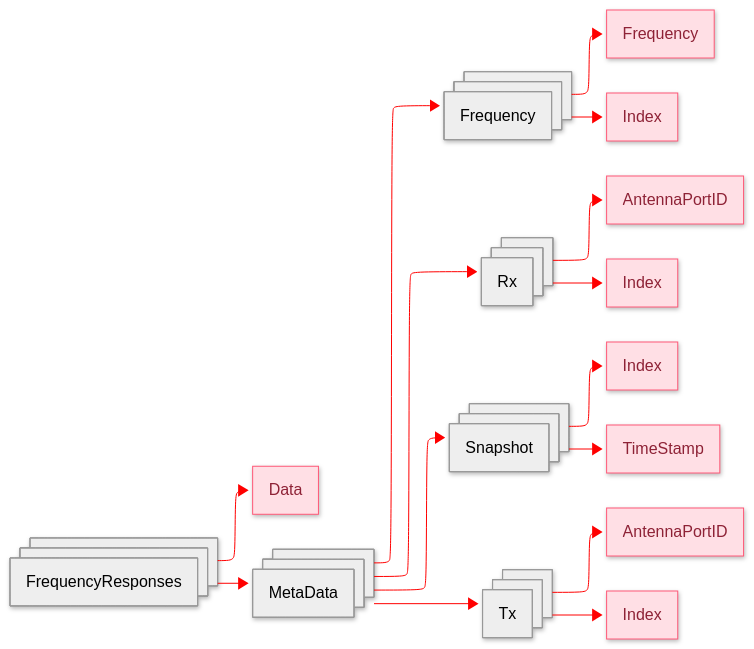
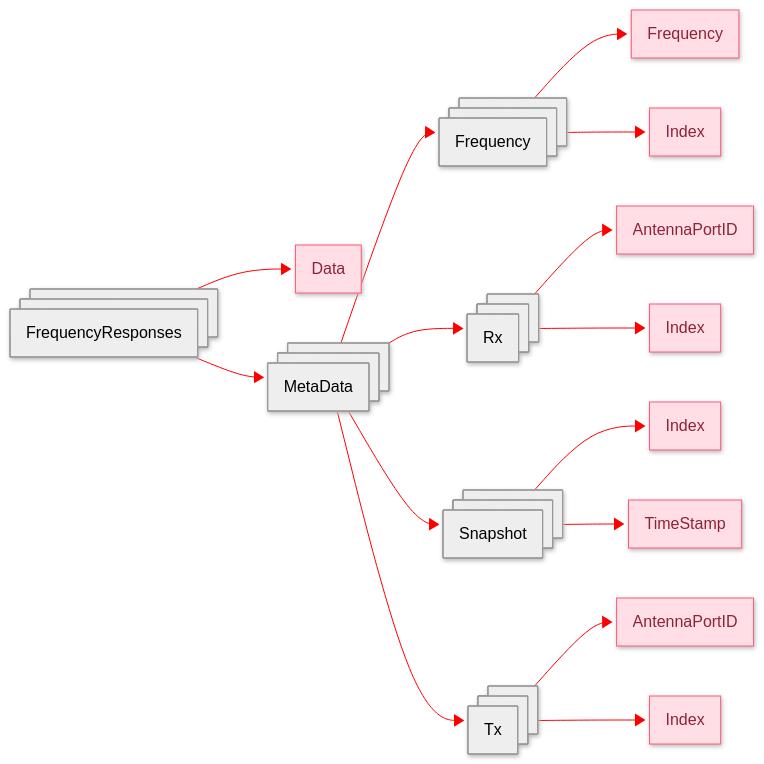
Before and after one commit to EMS-TU-Ilmenau/EMS-TU-Ilmenau.github.io: the diagram in content/dataset/fyoris/index.md, drawn with Mermaid.

Commit message:
Edit index.md: elk->tidy-tree

````diff
--- a/content/dataset/fyoris/index.md
+++ b/content/dataset/fyoris/index.md
@@ -23,57 +23,57 @@
 ```mermaid
 ---
 config:
   theme: neutral
   look: neo
   themeVariables:
     lineColor: red
-  layout: elk
+  layout: tidy-tree
 ---
 flowchart LR
 FrequencyResponses@{label: "FrequencyResponses", shape: procs}
 FrequencyResponses:::colorGroup
 FrequencyResponses_Data["Data "]
 FrequencyResponses_Data:::colorDataset
 FrequencyResponses --> FrequencyResponses_Data
 FrequencyResponses_MetaData@{label: "MetaData", shape: procs}
 FrequencyResponses_MetaData:::colorGroup
 FrequencyResponses_MetaData_Frequency@{label: "Frequency", shape: procs}
 FrequencyResponses_MetaData_Frequency:::colorGroup
 FrequencyResponses_MetaData_Frequency_Frequency["Frequency "]
 FrequencyResponses_MetaData_Frequency_Frequency:::colorDataset
 FrequencyResponses_MetaData_Frequency --> FrequencyResponses_MetaData_Frequency_Frequency
 FrequencyResponses_MetaData_Frequency_Index["Index "]
 FrequencyResponses_MetaData_Frequency_Index:::colorDataset
 FrequencyResponses_MetaData_Frequency --> FrequencyResponses_MetaData_Frequency_Index
 FrequencyResponses_MetaData --> FrequencyResponses_MetaData_Frequency
 FrequencyResponses_MetaData_Rx@{label: "Rx", shape: procs}
 FrequencyResponses_MetaData_Rx:::colorGroup
 FrequencyResponses_MetaData_Rx_AntennaPortID["AntennaPortID "]
 FrequencyResponses_MetaData_Rx_AntennaPortID:::colorDataset
 FrequencyResponses_MetaData_Rx --> FrequencyResponses_MetaData_Rx_AntennaPortID
 FrequencyResponses_MetaData_Rx_Index["Index "]
 FrequencyResponses_MetaData_Rx_Index:::colorDataset
 FrequencyResponses_MetaData_Rx --> FrequencyResponses_MetaData_Rx_Index
 FrequencyResponses_MetaData --> FrequencyResponses_MetaData_Rx
 FrequencyResponses_MetaData_Snapshot@{label: "Snapshot", shape: procs}
 FrequencyResponses_MetaData_Snapshot:::colorGroup
 FrequencyResponses_MetaData_Snapshot_Index["Index "]
 FrequencyResponses_MetaData_Snapshot_Index:::colorDataset
 FrequencyResponses_MetaData_Snapshot --> FrequencyResponses_MetaData_Snapshot_Index
 FrequencyResponses_MetaData_Snapshot_TimeStamp["TimeStamp "]
 FrequencyResponses_MetaData_Snapshot_TimeStamp:::colorDataset
 FrequencyResponses_MetaData_Snapshot --> FrequencyResponses_MetaData_Snapshot_TimeStamp
 FrequencyResponses_MetaData --> FrequencyResponses_MetaData_Snapshot
 FrequencyResponses_MetaData_Tx@{label: "Tx", shape: procs}
 FrequencyResponses_MetaData_Tx:::colorGroup
 FrequencyResponses_MetaData_Tx_AntennaPortID["AntennaPortID "]
 FrequencyResponses_MetaData_Tx_AntennaPortID:::colorDataset
 FrequencyResponses_MetaData_Tx --> FrequencyResponses_MetaData_Tx_AntennaPortID
 FrequencyResponses_MetaData_Tx_Index["Index "]
 FrequencyResponses_MetaData_Tx_Index:::colorDataset
 FrequencyResponses_MetaData_Tx --> FrequencyResponses_MetaData_Tx_Index
 FrequencyResponses_MetaData --> FrequencyResponses_MetaData_Tx
 FrequencyResponses --> FrequencyResponses_MetaData
 classDef colorDataset stroke-width:1px, stroke-dasharray:none, stroke:#FF5978, fill:#FFDFE5, color:#8E2236
 classDef colorGroup stroke-width:1px, stroke-dasharray:none, stroke:#999999, fill:#EEEEEE, color:#000000
 ```
````
